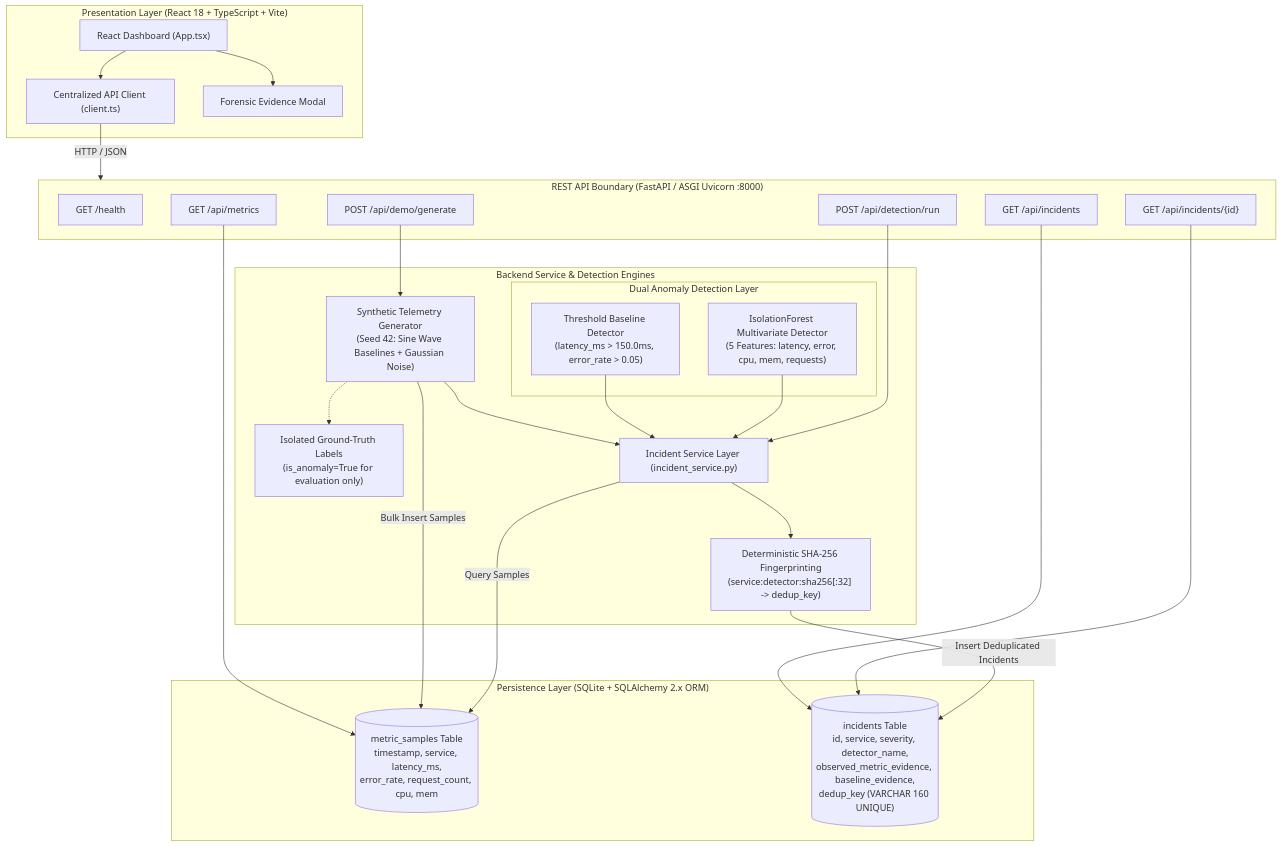
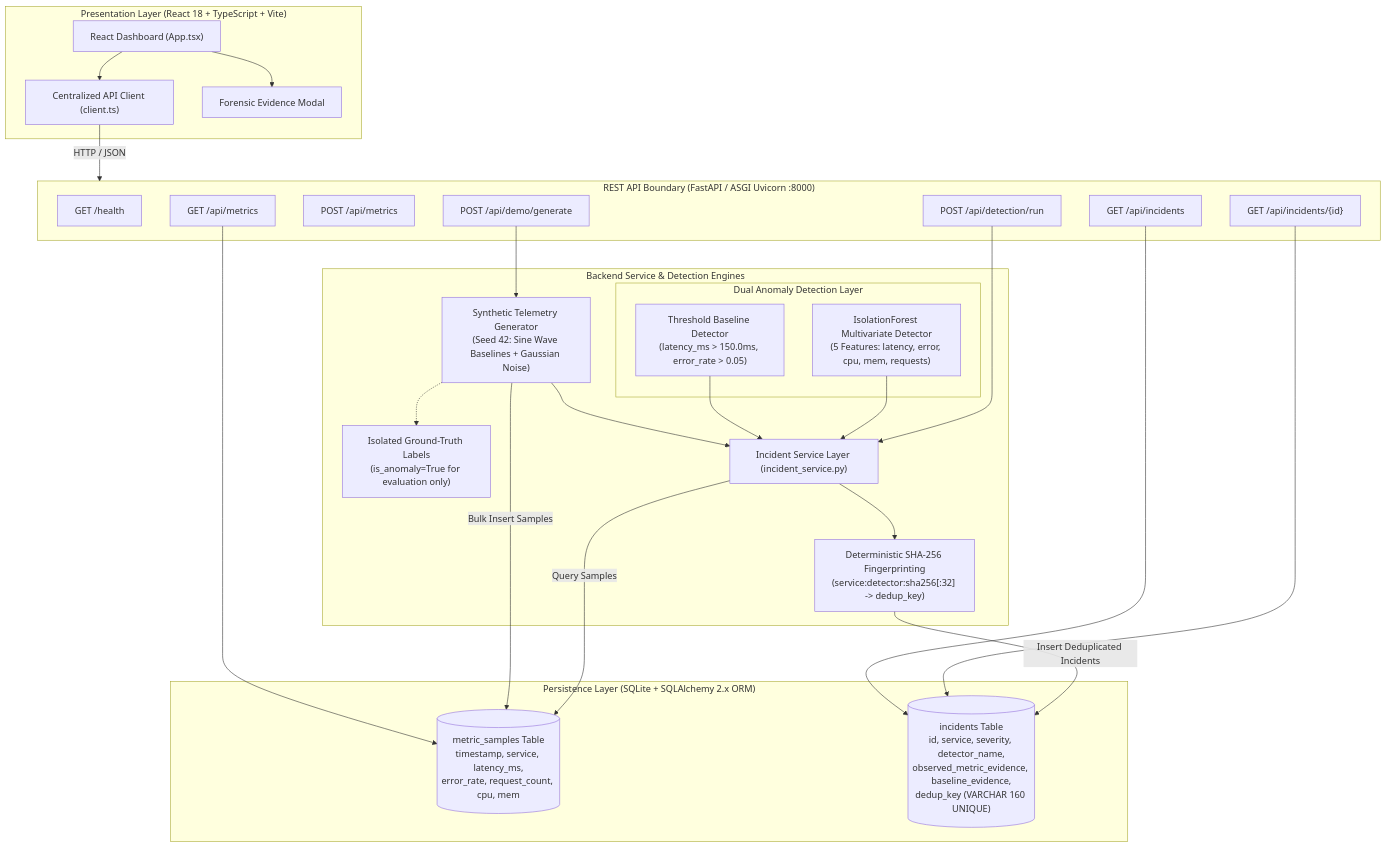
The first of 3 diagrams in docs/architecture.md (ARKkhanz/cloudsentinel-ai), drawn with Mermaid before and after one commit. The commit also changed 7 other files, not shown here.

````diff
--- a/docs/architecture.md
+++ b/docs/architecture.md
@@ -22,55 +22,56 @@
 ```mermaid
 flowchart TD
     subgraph Client["Presentation Layer (React 18 + TypeScript + Vite)"]
         UI["React Dashboard (App.tsx)"]
         ClientAPI["Centralized API Client (client.ts)"]
         Modal["Forensic Evidence Modal"]
         UI --> ClientAPI
         UI --> Modal
     end
 
     subgraph Network["REST API Boundary (FastAPI / ASGI Uvicorn :8000)"]
         R_Health["GET /health"]
         R_Metrics["GET /api/metrics"]
+        R_PostMetrics["POST /api/metrics"]
         R_Demo["POST /api/demo/generate"]
         R_Detect["POST /api/detection/run"]
         R_Incidents["GET /api/incidents"]
         R_IncidentDetail["GET /api/incidents/{id}"]
     end
 
     ClientAPI -->|HTTP / JSON| Network
 
     subgraph Core["Backend Service & Detection Engines"]
         DemoGen["Synthetic Telemetry Generator\n(Seed 42: Sine Wave Baselines + Gaussian Noise)"]
         GroundTruth["Isolated Ground-Truth Labels\n(is_anomaly=True for evaluation only)"]
         DemoGen -.-> GroundTruth
 
         subgraph Detectors["Dual Anomaly Detection Layer"]
             ThresholdDet["Threshold Baseline Detector\n(latency_ms > 150.0ms, error_rate > 0.05)"]
             MLDet["IsolationForest Multivariate Detector\n(5 Features: latency, error, cpu, mem, requests)"]
         end
 
         IncidentSvc["Incident Service Layer (incident_service.py)"]
         DedupEngine["Deterministic SHA-256 Fingerprinting\n(service:detector:sha256[:32] -> dedup_key)"]
 
         DemoGen --> IncidentSvc
         ThresholdDet --> IncidentSvc
         MLDet --> IncidentSvc
         IncidentSvc --> DedupEngine
     end
 
     R_Demo --> DemoGen
     R_Detect --> IncidentSvc
     R_Metrics --> MetricModel
     R_Incidents --> IncidentModel
     R_IncidentDetail --> IncidentModel
 
     subgraph Storage["Persistence Layer (SQLite + SQLAlchemy 2.x ORM)"]
         MetricModel[("metric_samples Table\ntimestamp, service, latency_ms,\nerror_rate, request_count, cpu, mem")]
         IncidentModel[("incidents Table\nid, service, severity, detector_name,\nobserved_metric_evidence, baseline_evidence,\ndedup_key (VARCHAR 160 UNIQUE)")]
     end
 
     DemoGen -->|Bulk Insert Samples| MetricModel
     IncidentSvc -->|Query Samples| MetricModel
     DedupEngine -->|Insert Deduplicated Incidents| IncidentModel
 ```
````
